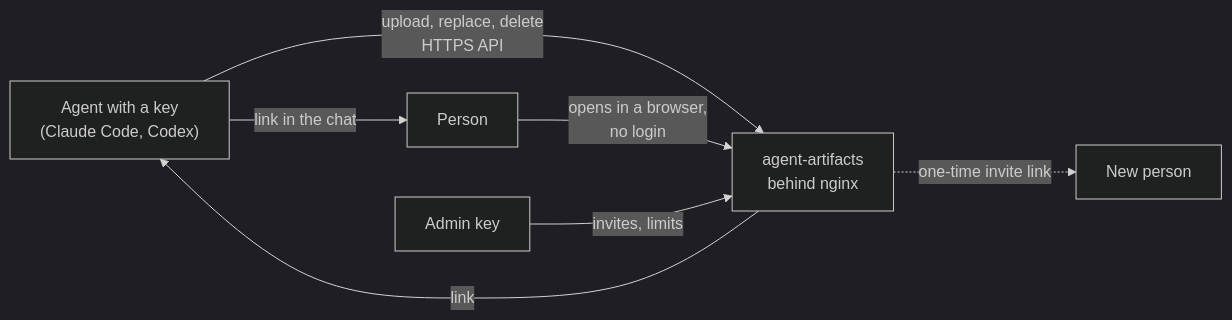
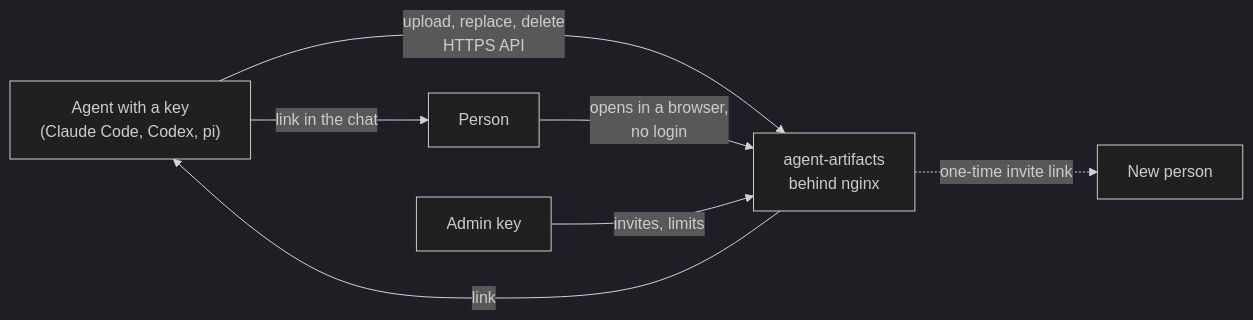
Before and after one commit to aadegtyarev/agent-artifacts: the diagram in README.md, drawn with Mermaid (dark theme). The commit also changed other lines of this file and 6 other files, not shown here.

````diff
--- a/README.md
+++ b/README.md
@@ -14,9 +15,9 @@
 ```mermaid
 flowchart LR
-    agent["Agent with a key<br/>(Claude Code, Codex)"] -- "upload, replace, delete<br/>HTTPS API" --> svc["agent-artifacts<br/>behind nginx"]
+    agent["Agent with a key<br/>(Claude Code, Codex, pi)"] -- "upload, replace, delete<br/>HTTPS API" --> svc["agent-artifacts<br/>behind nginx"]
     svc -- "link" --> agent
     agent -- "link in the chat" --> person["Person"]
     person -- "opens in a browser,<br/>no login" --> svc
     admin["Admin key"] -- "invites, limits" --> svc
     svc -. "one-time invite link" .-> newcomer["New person"]
 ```
````
